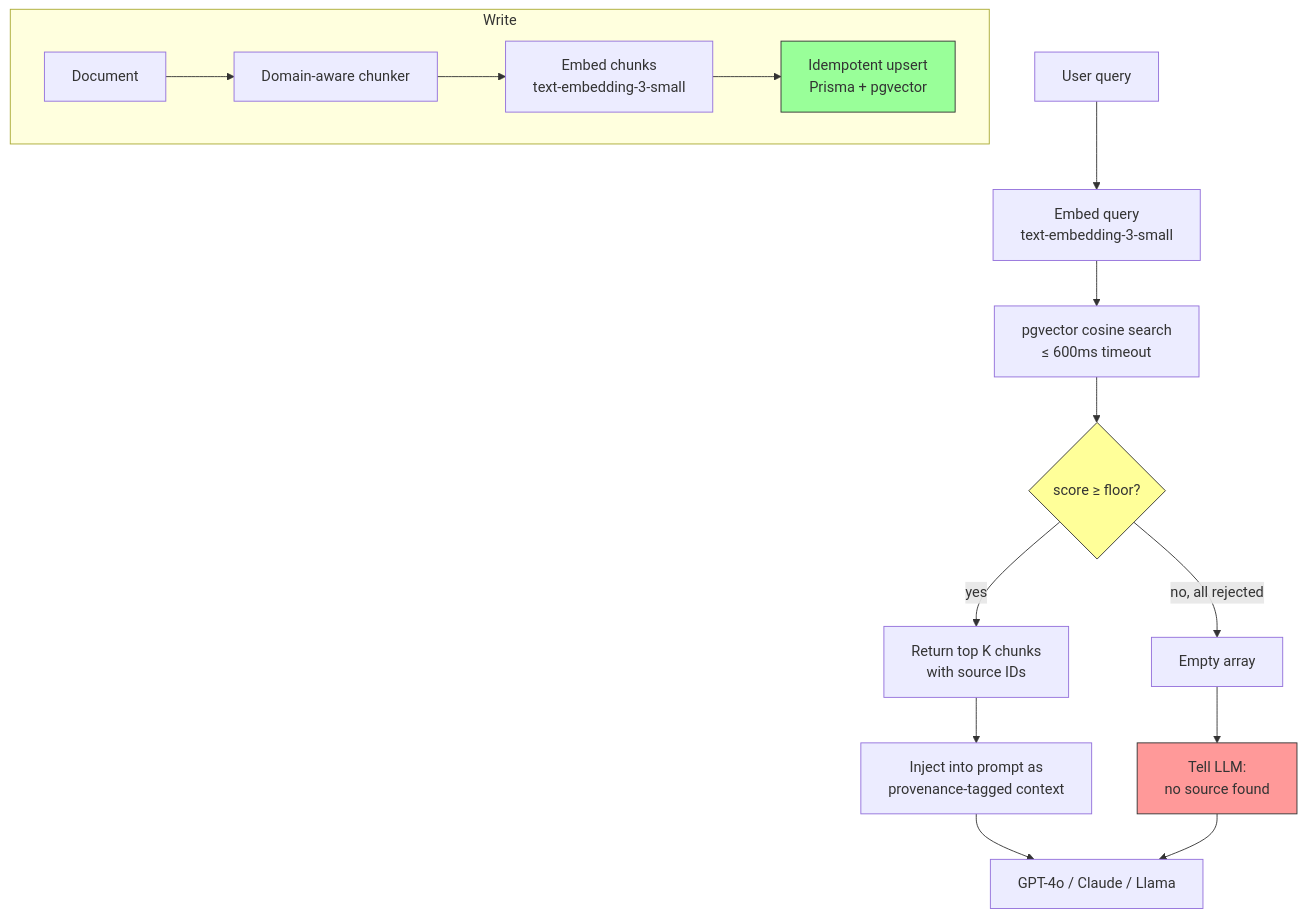
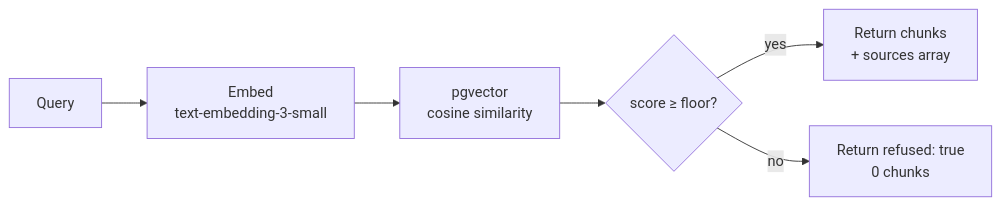
One commit to ykstorm/anchor changed the diagram in README.md. Above: the diagram before and after it, drawn with Mermaid. The commit also changed other lines of this file and 2 other files, not shown here.

````diff
--- a/README.md
+++ b/README.md
@@ -71,22 +25,8 @@
 ```mermaid
-graph TB
-    User[User query] --> Embed1[Embed query<br/>text-embedding-3-small]
-    Embed1 --> Search[pgvector cosine search<br/>≤ 600ms timeout]
-    Search --> Floor{score ≥ floor?}
-    Floor -->|yes| TopK[Return top K chunks<br/>with source IDs]
-    Floor -->|no, all rejected| Empty[Empty array]
-    TopK --> Inject[Inject into prompt as<br/>provenance-tagged context]
-    Empty --> Refuse[Tell LLM:<br/>no source found]
-    Inject --> LLM[GPT-4o / Claude / Llama]
-    Refuse --> LLM
-
-    subgraph Write
-        Doc[Document] --> Chunk[Domain-aware chunker]
-        Chunk --> Embed2[Embed chunks<br/>text-embedding-3-small]
-        Embed2 --> Upsert[Idempotent upsert<br/>Prisma + pgvector]
-    end
-
-    style Floor fill:#ff9,stroke:#333
-    style Refuse fill:#f99,stroke:#333
-    style Upsert fill:#9f9,stroke:#333
+flowchart LR
+    Q[Query] --> E[Embed<br/>text-embedding-3-small]
+    E --> S[pgvector<br/>cosine similarity]
+    S --> F{score ≥ floor?}
+    F -->|yes| C[Return chunks<br/>+ sources array]
+    F -->|no| R[Return refused: true<br/>0 chunks]
 ```
````
